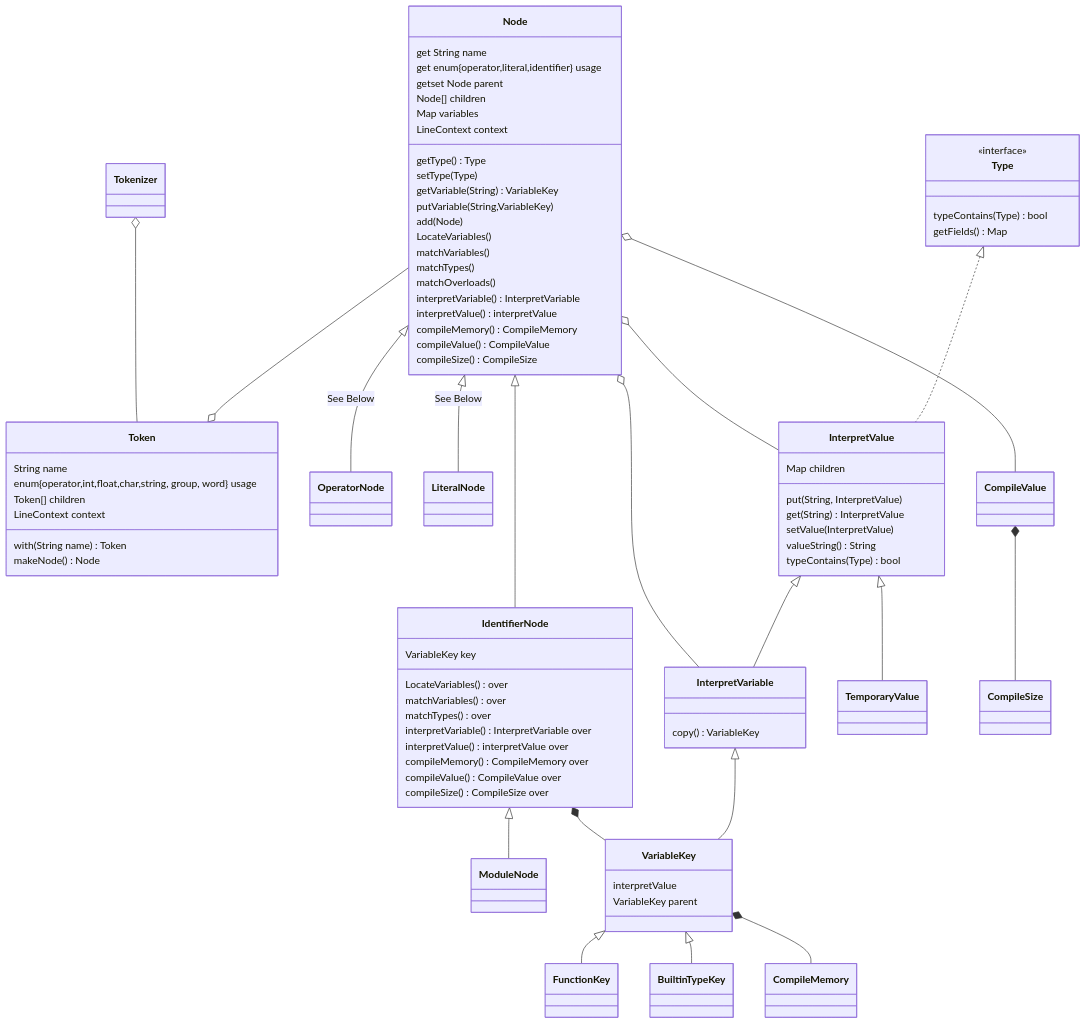
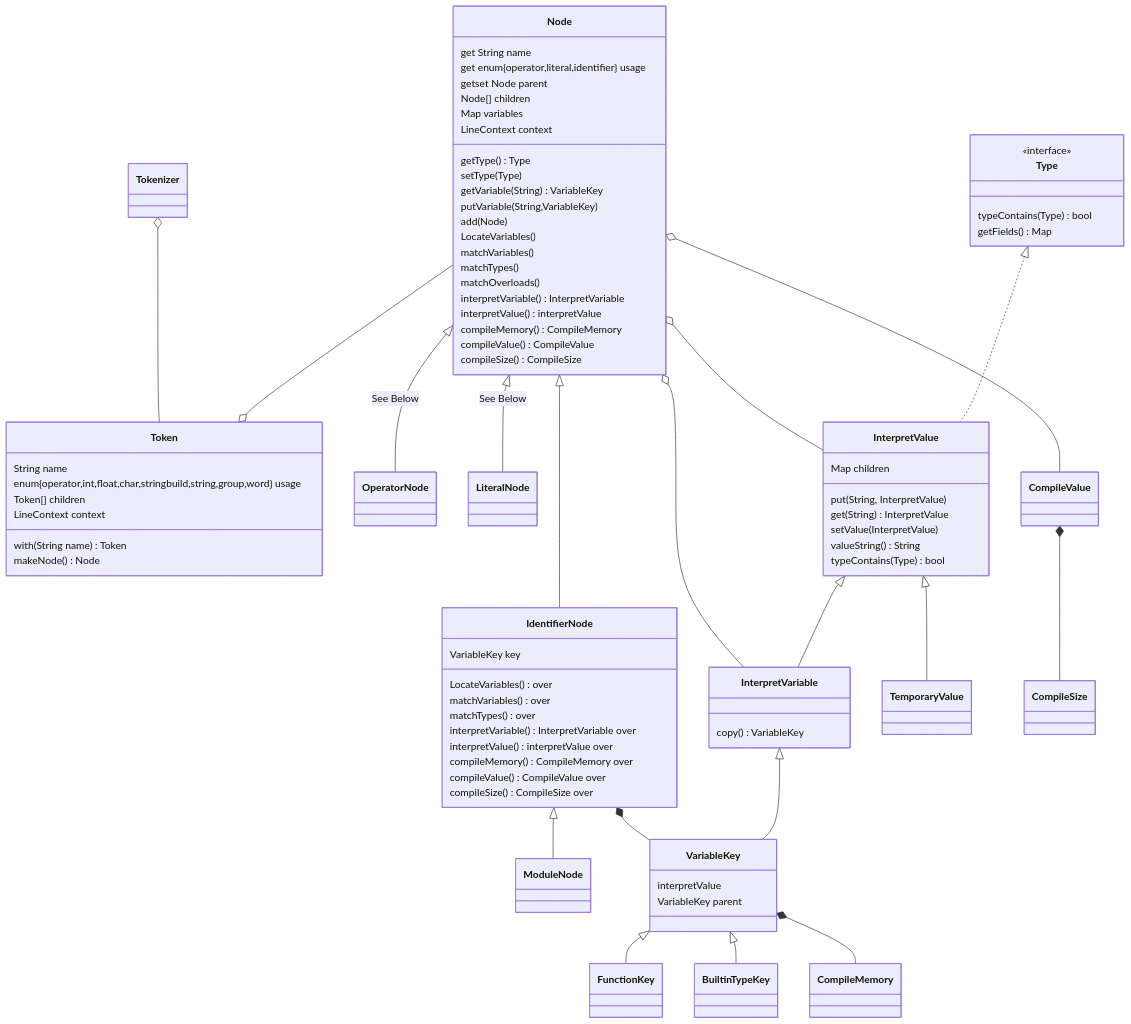
Before and after one commit to Jzhyang1/Monomer: the second of 8 diagrams in Implementation.md, drawn with Mermaid. The commit also changed other lines of this file, not shown here.

````diff
--- a/Implementation.md
+++ b/Implementation.md
@@ -80,76 +80,76 @@
 ```mermaid
 classDiagram
 Tokenizer o-- Token
 Node --o Token
 
 Node <|-- OperatorNode: See Below
 Node <|-- LiteralNode: See Below
 Node <|-- IdentifierNode
 Node o-- InterpretVariable
 Node o-- InterpretValue
 IdentifierNode <|-- ModuleNode
 IdentifierNode *-- VariableKey
 VariableKey <|-- FunctionKey
 VariableKey <|-- BuiltinTypeKey
 VariableKey *-- CompileMemory
 InterpretValue <|-- InterpretVariable
 InterpretValue <|-- TemporaryValue
 Type <|.. InterpretValue
 InterpretVariable <|-- VariableKey
 CompileValue *-- CompileSize
 Node o-- CompileValue
 
 Token: String name
-Token: enum{operator,int,float,char,string, group, word} usage
+Token: enum{operator,int,float,char,stringbuild,string,group,word} usage
 Token: Token[] children
 Token: LineContext context
 Token: with(String name) Token
 Token: makeNode() Node
 
 Node: get String name
 Node: get enum{operator,literal,identifier} usage
 Node: getset Node parent
 Node: Node[] children
 Node: Map<String, VariableKey> variables
 Node: LineContext context
 Node: getType() Type
 Node: setType(Type)
 Node: getVariable(String) VariableKey
 Node: putVariable(String,VariableKey)
 Node: add(Node)
 Node: LocateVariables()
 Node: matchVariables()
 Node: matchTypes()
 Node: matchOverloads()
 Node: interpretVariable() InterpretVariable
 Node: interpretValue() interpretValue
 Node: compileMemory() CompileMemory
 Node: compileValue() CompileValue
 Node: compileSize() CompileSize
 
 IdentifierNode: VariableKey key
 IdentifierNode: LocateVariables() over
 IdentifierNode: matchVariables() over
 IdentifierNode: matchTypes() over
 IdentifierNode: interpretVariable() InterpretVariable over
 IdentifierNode: interpretValue() interpretValue over
 IdentifierNode: compileMemory() CompileMemory over
 IdentifierNode: compileValue() CompileValue over
 IdentifierNode: compileSize() CompileSize over
 
 InterpretValue: Map<String, InterpretValue> children
 InterpretValue: put(String, InterpretValue)
 InterpretValue: get(String) InterpretValue
 InterpretValue: setValue(InterpretValue)
 InterpretValue: valueString() String
 InterpretValue: typeContains(Type) bool
 
 InterpretVariable: copy() VariableKey
 
 VariableKey: interpretValue
 VariableKey: VariableKey parent
 
 <<interface>> Type
 Type: typeContains(Type) bool
 Type: getFields() Map<String,Type>
 ```
````
